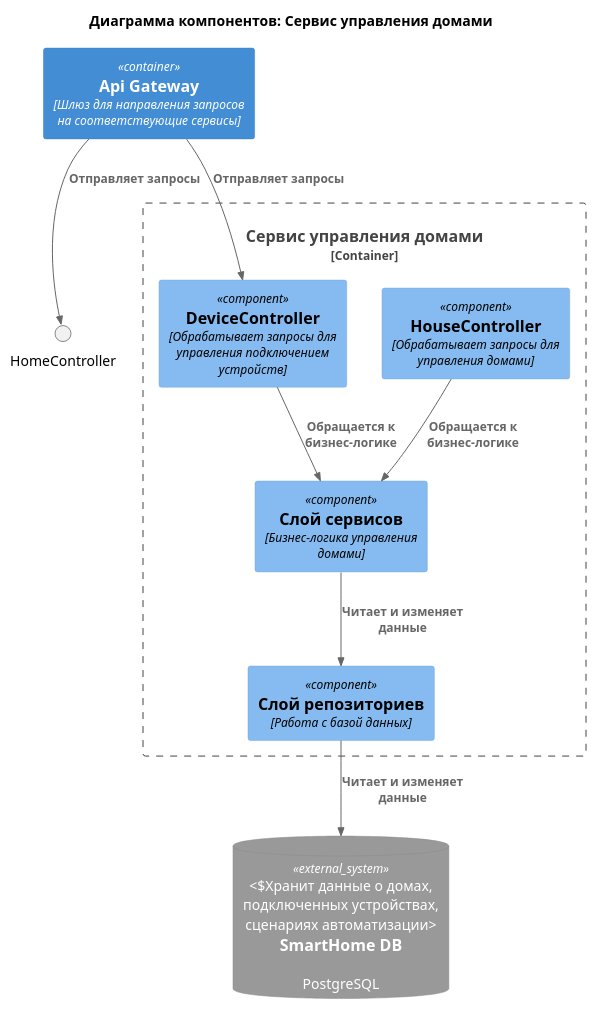
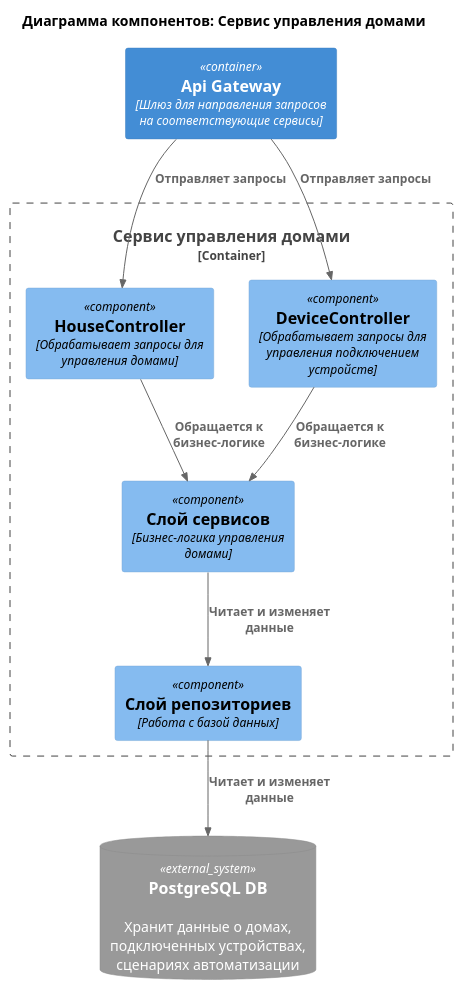
The diagram in diagrams/ToBe_Component_3.puml (knautilus/architecture-warmhouse), drawn with PlantUML before and after one commit. The commit also changed 14 other files, not shown here.

```diff
--- a/diagrams/ToBe_Component_3.puml
+++ b/diagrams/ToBe_Component_3.puml
@@ -1,25 +1,25 @@
 @startuml
 
 title Диаграмма компонентов: Сервис управления домами
 
 !include https://raw.githubusercontent.com/plantuml-stdlib/C4-PlantUML/master/C4_Component.puml
 
 Container(ApiGateway, "Api Gateway", "Шлюз для направления запросов на соответствующие сервисы")
 
-SystemDb_Ext(SmartHomeDb, "SmartHome DB", "PostgreSQL", "Хранит данные о домах, подключенных устройствах, сценариях автоматизации")
+SystemDb_Ext(SmartHomeDb, "PostgreSQL DB", "Хранит данные о домах, подключенных устройствах, сценариях автоматизации")
 
 Container_Boundary(HouseManagement, "Сервис управления домами") {
     Component(HouseController, "HouseController", "Обрабатывает запросы для управления домами")
     Component(DeviceController, "DeviceController", "Обрабатывает запросы для управления подключением устройств")
     Component(ServiceLayer, "Слой сервисов", "Бизнес-логика управления домами")
     Component(RepositoryLayer, "Слой репозиториев", "Работа с базой данных")
 }
 
-Rel(ApiGateway, HomeController, "Отправляет запросы")
+Rel(ApiGateway, HouseController, "Отправляет запросы")
 Rel(ApiGateway, DeviceController, "Отправляет запросы")
 Rel(HouseController, ServiceLayer, "Обращается к бизнес-логике")
 Rel(DeviceController, ServiceLayer, "Обращается к бизнес-логике")
 Rel(ServiceLayer, RepositoryLayer, "Читает и изменяет данные")
 Rel(RepositoryLayer, SmartHomeDb, "Читает и изменяет данные")
 
 @enduml
```
